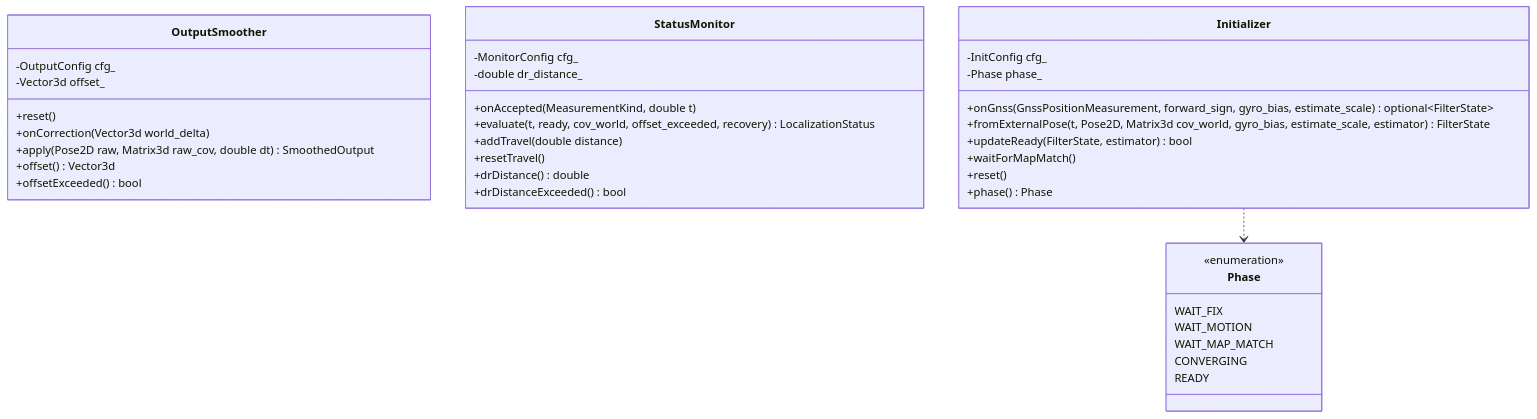
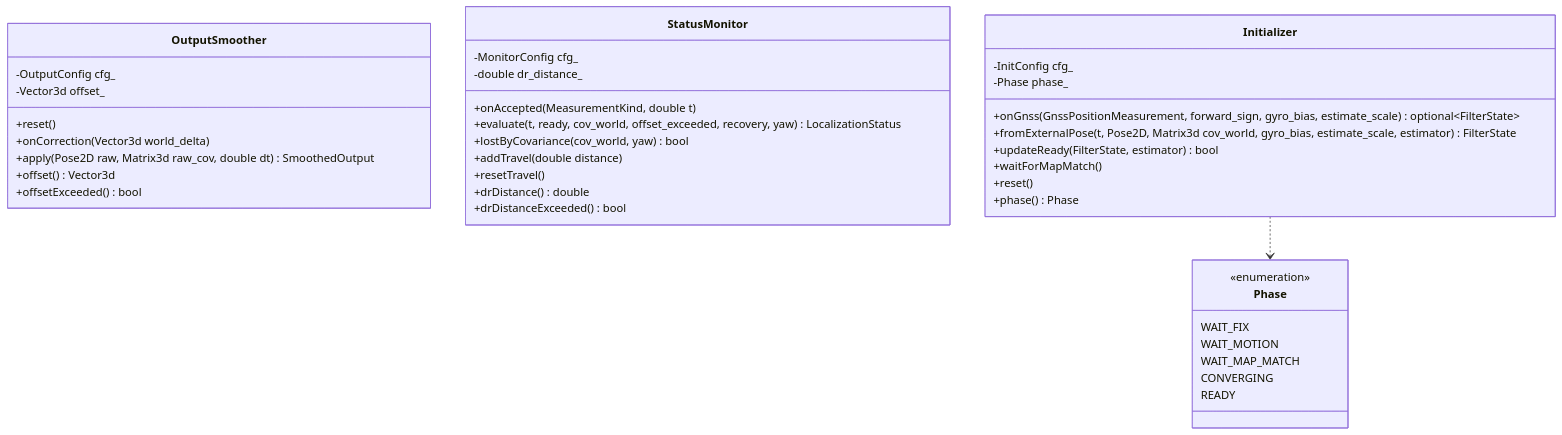
The seventh of 15 diagrams in docs/architecture.md (mamoru1126/gnss_and_lidar_localization), drawn with Mermaid before and after one commit. The commit also changed other lines of this file and 20 other files, not shown here.

First line of the commit message:
LiDAR acceptance and LOST options after Autoware: near-map overlap, lon/lat covariance floors, LOST by covariance only (lateral threshold), lidar match columns in CSV

````diff
--- a/docs/architecture.md
+++ b/docs/architecture.md
@@ -629,41 +629,42 @@
 ```mermaid
 classDiagram
   class OutputSmoother {
     -OutputConfig cfg_
     -Vector3d offset_
     +reset()
     +onCorrection(Vector3d world_delta)
     +apply(Pose2D raw, Matrix3d raw_cov, double dt) SmoothedOutput
     +offset() Vector3d
     +offsetExceeded() bool
   }
   class StatusMonitor {
     -MonitorConfig cfg_
     -double dr_distance_
     +onAccepted(MeasurementKind, double t)
-    +evaluate(t, ready, cov_world, offset_exceeded, recovery) LocalizationStatus
+    +evaluate(t, ready, cov_world, offset_exceeded, recovery, yaw) LocalizationStatus
+    +lostByCovariance(cov_world, yaw) bool
     +addTravel(double distance)
     +resetTravel()
     +drDistance() double
     +drDistanceExceeded() bool
   }
   class Initializer {
     -InitConfig cfg_
     -Phase phase_
     +onGnss(GnssPositionMeasurement, forward_sign, gyro_bias, estimate_scale) optional~FilterState~
     +fromExternalPose(t, Pose2D, Matrix3d cov_world, gyro_bias, estimate_scale, estimator) FilterState
     +updateReady(FilterState, estimator) bool
     +waitForMapMatch()
     +reset()
     +phase() Phase
   }
   class Phase {
     <<enumeration>>
     WAIT_FIX
     WAIT_MOTION
     WAIT_MAP_MATCH
     CONVERGING
     READY
   }
   Initializer ..> Phase
 ```
````
